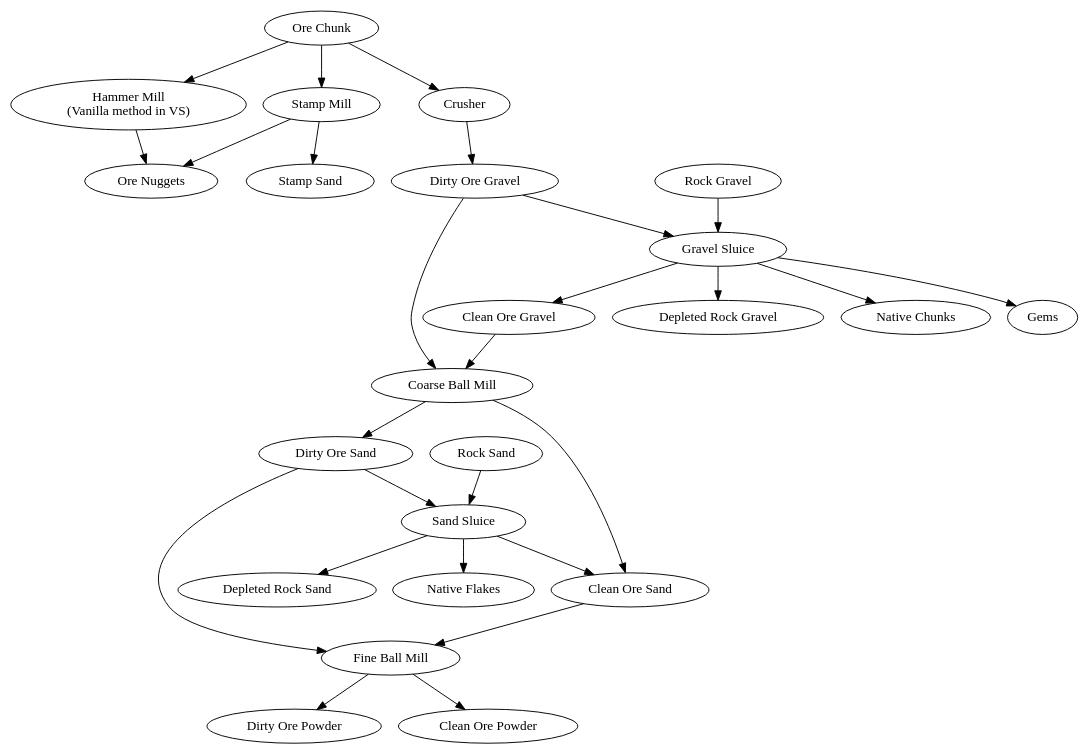
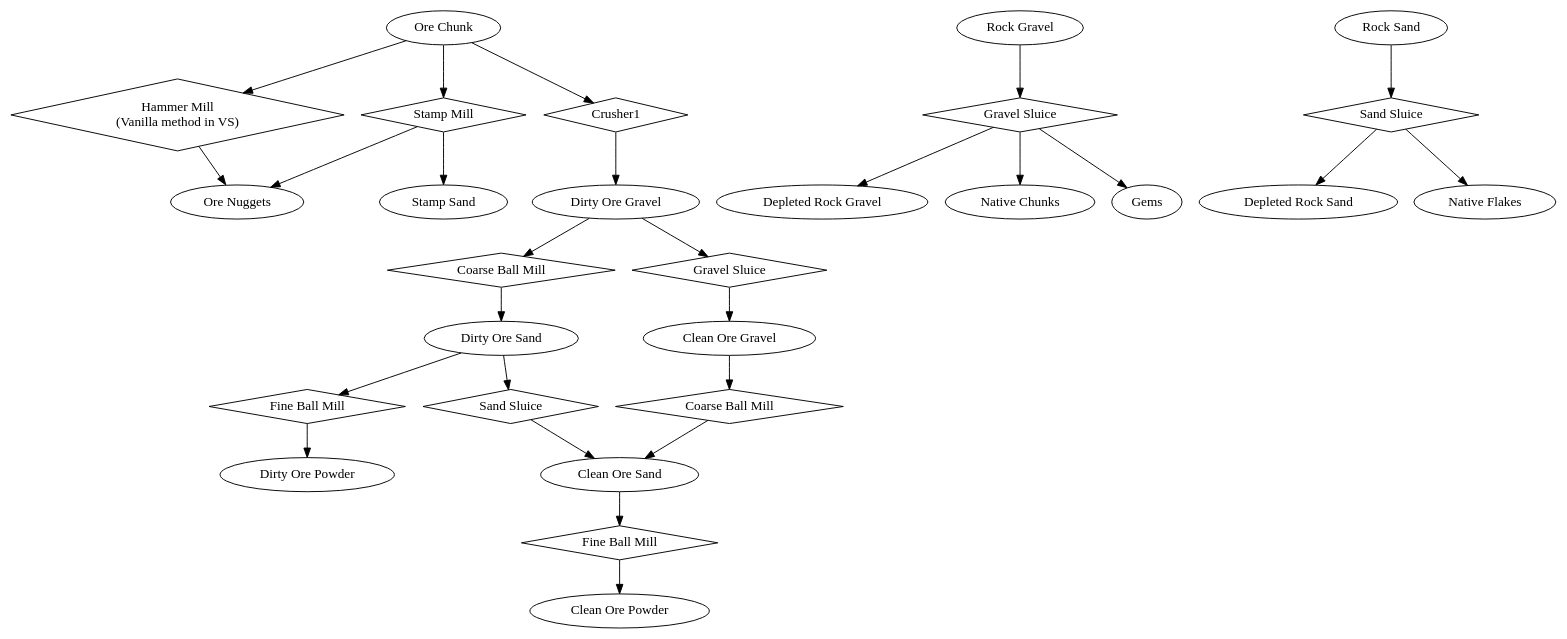
The diagram in design/OreDressing.dot (age-series/ElectricalAge2), drawn with Graphviz before and after one commit. The commit also changed 1 other file, not shown here.

```diff
--- a/design/OreDressing.dot
+++ b/design/OreDressing.dot
@@ -1,17 +1,32 @@
 digraph dressing {
-	"Ore Chunk" -> "Hammer Mill\n(Vanilla method in VS)" -> "Ore Nuggets"
-	"Ore Chunk" -> "Stamp Mill" -> "Ore Nuggets"
-	"Stamp Mill" -> "Stamp Sand"
-	"Ore Chunk" -> "Crusher" -> "Dirty Ore Gravel"
-	"Ore Chunk" "Dirty Ore Gravel" -> "Coarse Ball Mill" -> "Dirty Ore Sand"
-	"Dirty Ore Gravel" "Dirty Ore Sand" -> "Fine Ball Mill" -> "Dirty Ore Powder"
-	"Dirty Ore Gravel" -> "Gravel Sluice" -> "Clean Ore Gravel"
-	"Rock Gravel" -> "Gravel Sluice" -> "Depleted Rock Gravel"
-	"Gravel Sluice" -> "Native Chunks"
-	"Gravel Sluice" -> "Gems"
-	"Dirty Ore Sand" -> "Sand Sluice" -> "Clean Ore Sand"
-	"Rock Sand" -> "Sand Sluice" -> "Depleted Rock Sand"
-	"Sand Sluice" -> "Native Flakes"
-	"Clean Ore Gravel" -> "Coarse Ball Mill" -> "Clean Ore Sand"
-	"Clean Ore Sand" -> "Fine Ball Mill" -> "Clean Ore Powder"
+
+	// Machines and Methods
+	"Hammer Mill\n(Vanilla method in VS)1" [shape=diamond,label="Hammer Mill\n(Vanilla method in VS)"]
+	"Stamp Mill1" [shape=diamond,label="Stamp Mill"]
+	"Crusher1" [shape=diamond]
+	"Coarse Ball Mill1" [shape=diamond,label="Coarse Ball Mill"]
+	"Coarse Ball Mill2" [shape=diamond,label="Coarse Ball Mill"]
+	"Fine Ball Mill1" [shape=diamond,label="Fine Ball Mill"]
+	"Fine Ball Mill2" [shape=diamond,label="Fine Ball Mill"]
+	"Gravel Sluice1" [shape=diamond,label="Gravel Sluice"]
+	"Gravel Sluice2" [shape=diamond,label="Gravel Sluice"]
+	"Sand Sluice1" [shape=diamond,label="Sand Sluice"]
+	"Sand Sluice2" [shape=diamond,label="Sand Sluice"]
+
+	// Processes
+	"Ore Chunk" -> "Hammer Mill\n(Vanilla method in VS)1" -> "Ore Nuggets"
+	"Ore Chunk" -> "Stamp Mill1" -> "Ore Nuggets"
+	"Stamp Mill1" -> "Stamp Sand"
+	"Ore Chunk" -> "Crusher1" -> "Dirty Ore Gravel"
+	"Ore Chunk" "Dirty Ore Gravel" -> "Coarse Ball Mill1" -> "Dirty Ore Sand"
+	"Dirty Ore Gravel" "Dirty Ore Sand" -> "Fine Ball Mill1" -> "Dirty Ore Powder"
+	"Dirty Ore Gravel" -> "Gravel Sluice1" -> "Clean Ore Gravel"
+	"Rock Gravel" -> "Gravel Sluice2" -> "Depleted Rock Gravel"
+	"Gravel Sluice2" -> "Native Chunks"
+	"Gravel Sluice2" -> "Gems"
+	"Dirty Ore Sand" -> "Sand Sluice1" -> "Clean Ore Sand"
+	"Rock Sand" -> "Sand Sluice2" -> "Depleted Rock Sand"
+	"Sand Sluice2" -> "Native Flakes"
+	"Clean Ore Gravel" -> "Coarse Ball Mill2" -> "Clean Ore Sand"
+	"Clean Ore Sand" -> "Fine Ball Mill2" -> "Clean Ore Powder"
 }
```
